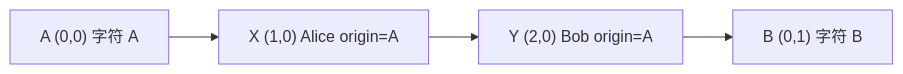
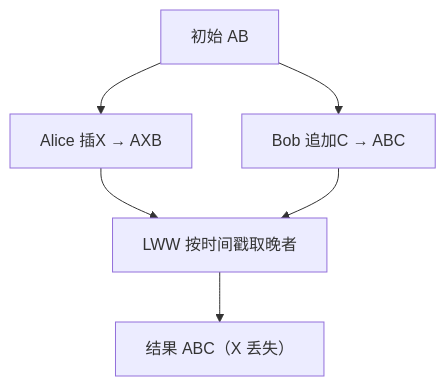
One commit to lfire/AFFiNE changed the second of 5 diagrams in learning-guide/slides/decks/08.md. Above: the diagram before and after it, drawn with Mermaid. The commit also changed other lines of this file and 73 other files, not shown here.

````diff
--- a/learning-guide/slides/decks/08.md
+++ b/learning-guide/slides/decks/08.md
@@ -157,6 +96,8 @@
 ```mermaid
-flowchart LR
-  A["A (0,0) 字符 A"] --> X["X (1,0) Alice origin=A"]
-  X --> YN["Y (2,0) Bob origin=A"]
-  YN --> B["B (0,1) 字符 B"]
+flowchart TB
+  S["初始 AB"] --> A["Alice 插X → AXB"]
+  S --> B["Bob 追加C → ABC"]
+  A --> M["LWW 按时间戳取晚者"]
+  B --> M
+  M --> R["结果 ABC（X 丢失）"]
 ```
````
